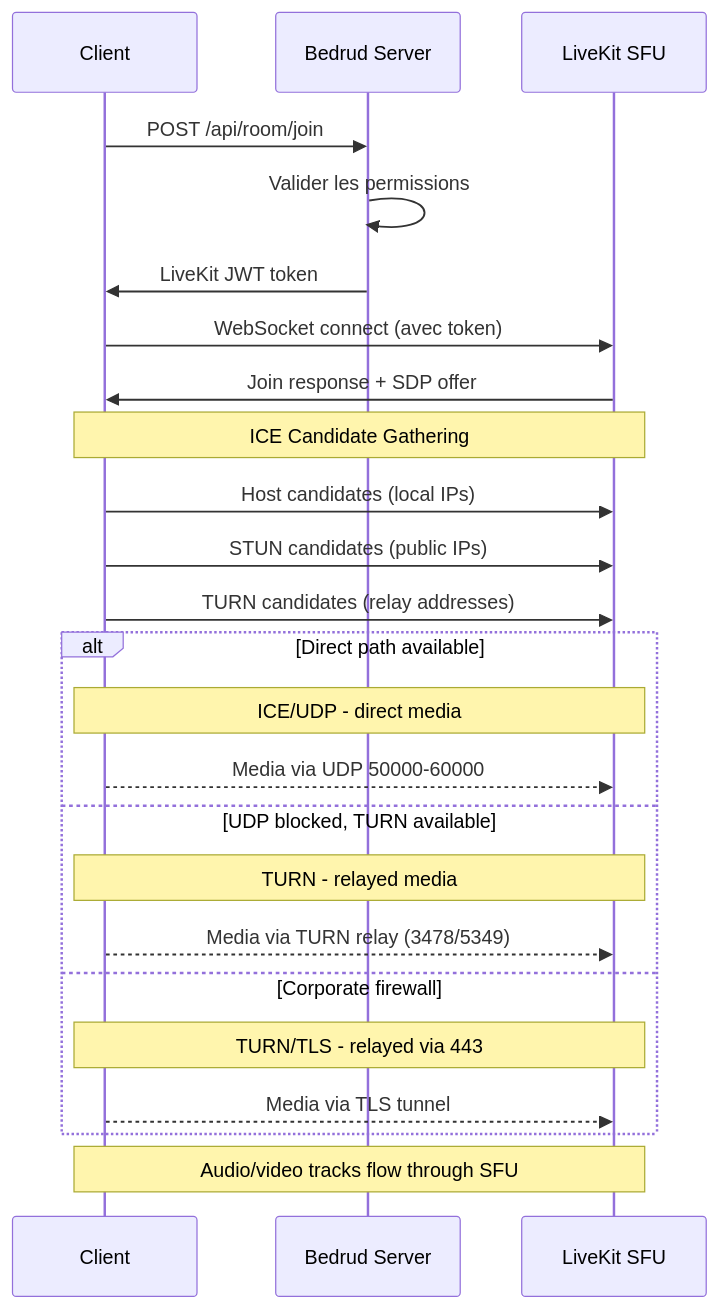
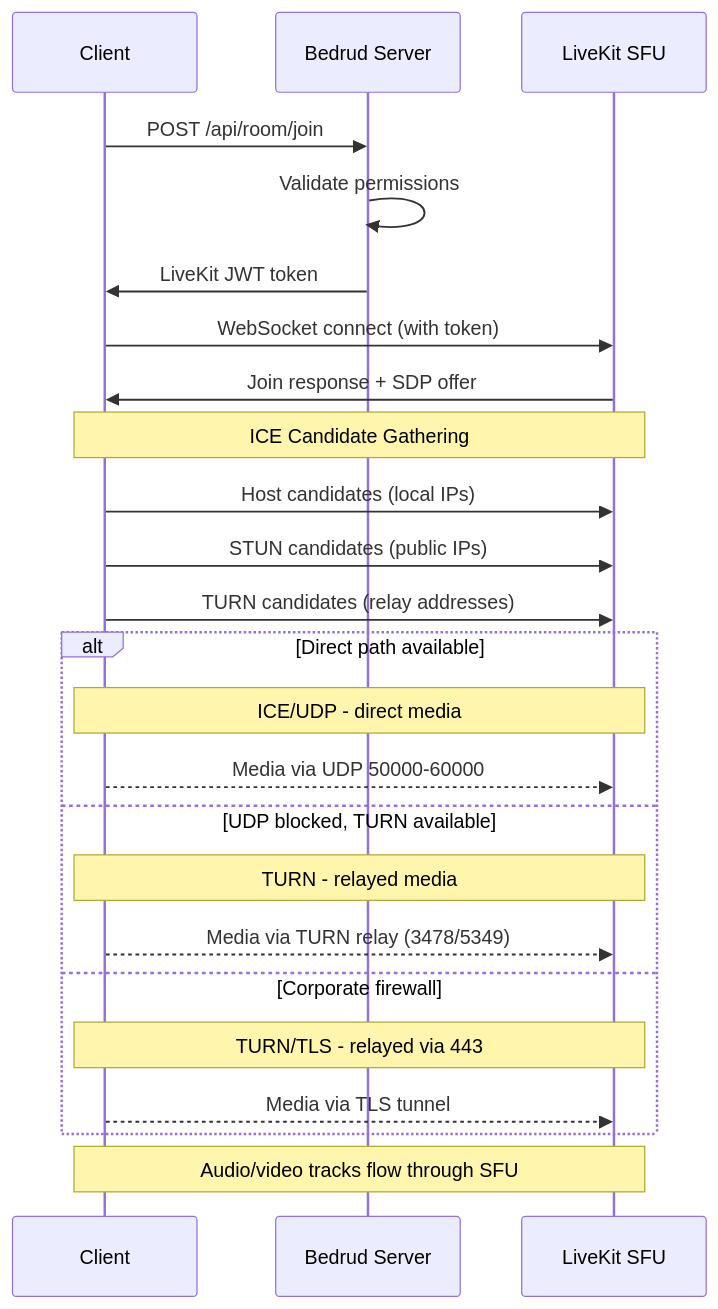
The first of 4 diagrams in src/content/docs/fr/architecture/webrtc-connectivity.mdx (bedrud-ir/bedrud-landing), drawn with Mermaid before and after one commit. The commit also changed other lines of this file and 122 other files, not shown here.

First line of the commit message:
Update markdown diagram to mermaid, Update Demo link, Add sitemap per language (#5)

````diff
--- a/src/content/docs/fr/architecture/webrtc-connectivity.mdx
+++ b/src/content/docs/fr/architecture/webrtc-connectivity.mdx
@@ -15,31 +15,31 @@
 ```mermaid
 sequenceDiagram
     participant C as Client
     participant S as Bedrud Server
     participant LK as LiveKit SFU
 
     C->>S: POST /api/room/join
-    S->>S: Valider les permissions
+    S->>S: Validate permissions
     S->>C: LiveKit JWT token
 
-    C->>LK: WebSocket connect (avec token)
+    C->>LK: WebSocket connect (with token)
     LK->>C: Join response + SDP offer
 
     Note over C,LK: ICE Candidate Gathering
     C->>LK: Host candidates (local IPs)
     C->>LK: STUN candidates (public IPs)
     C->>LK: TURN candidates (relay addresses)
 
     alt Direct path available
         Note over C,LK: ICE/UDP - direct media
         C-->>LK: Media via UDP 50000-60000
     else UDP blocked, TURN available
         Note over C,LK: TURN - relayed media
         C-->>LK: Media via TURN relay (3478/5349)
     else Corporate firewall
         Note over C,LK: TURN/TLS - relayed via 443
         C-->>LK: Media via TLS tunnel
     end
 
     Note over C,LK: Audio/video tracks flow through SFU
 ```
````
